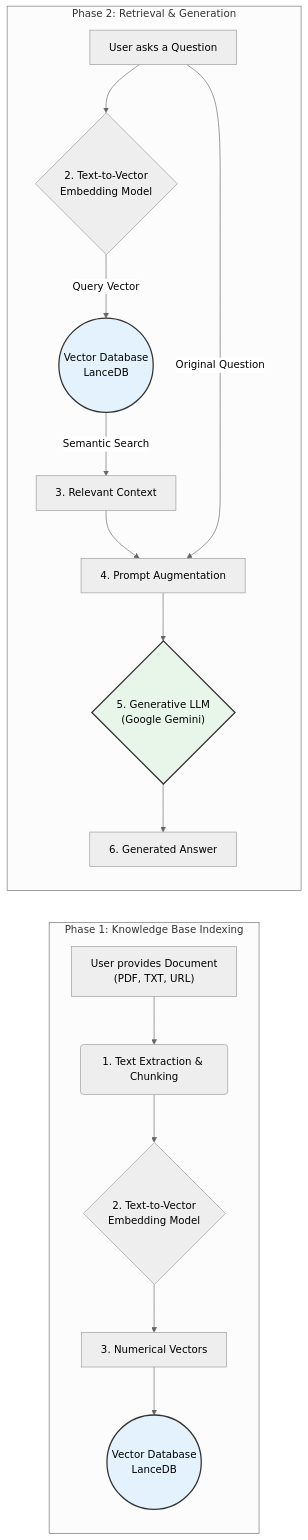
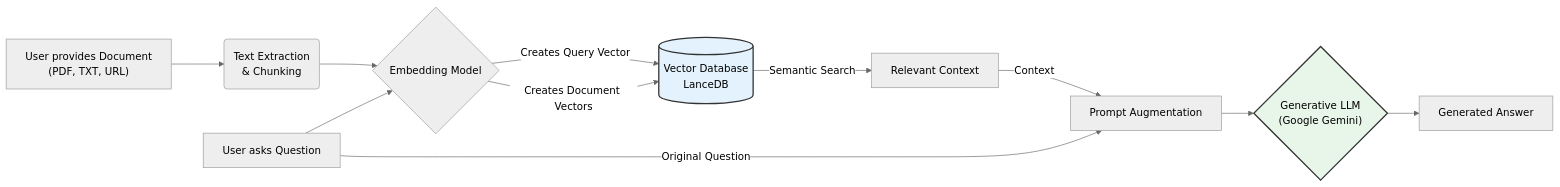
Before and after one commit to balupeddireddy08/RAG_ChatBot: the diagram in README.md, drawn with Mermaid (neutral theme).

Commit message:
Add ReadMe file

````diff
--- a/README.md
+++ b/README.md
@@ -102,23 +102,17 @@
 ```mermaid
 graph LR
-    subgraph "Phase 1: Knowledge Base Indexing"
-        A["User provides Document<br>(PDF, TXT, URL)"] --> B("1. Text Extraction & Chunking");
-        B --> C{"2. Text-to-Vector<br>Embedding Model"};
-        C --> D["3. Numerical Vectors"];
-        D --> E(("Vector Database<br>LanceDB"));
-    end
+    A["User provides Document<br>(PDF, TXT, URL)"] --> B("Text Extraction<br>& Chunking");
+    B --> C{"Embedding Model"};
+    C -- "Creates Document Vectors" --> D[("Vector Database<br>LanceDB")];
+    
+    E["User asks Question"] -- "Original Question" --> H["Prompt Augmentation"];
+    E --> C;
+    C -- "Creates Query Vector" --> D;
+    D -- "Semantic Search" --> G["Relevant Context"];
+    G -- "Context" --> H;
+    H --> I{"Generative LLM<br>(Google Gemini)"};
+    I --> J["Generated Answer"];
 
-    subgraph "Phase 2: Retrieval & Generation"
-        F["User asks a Question"] --> G{"2. Text-to-Vector<br>Embedding Model"};
-        G -- "Query Vector" --> H(("Vector Database<br>LanceDB"));
-        H -- "Semantic Search" --> I["3. Relevant Context"];
-        I --> J["4. Prompt Augmentation"];
-        F -- "Original Question" --> J;
-        J --> K{"5. Generative LLM<br>(Google Gemini)"};
-        K --> L["6. Generated Answer"];
-    end
-
-    style E fill:#e3f2fd,stroke:#333,stroke-width:2px,color:#000
-    style H fill:#e3f2fd,stroke:#333,stroke-width:2px,color:#000
-    style K fill:#e8f5e9,stroke:#333,stroke-width:2px,color:#000
+    style D fill:#e3f2fd,stroke:#333,stroke-width:2px,color:#000
+    style I fill:#e8f5e9,stroke:#333,stroke-width:2px,color:#000
 ```
````
